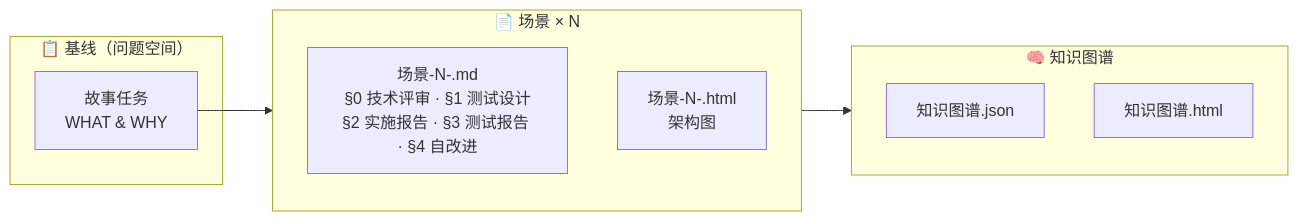
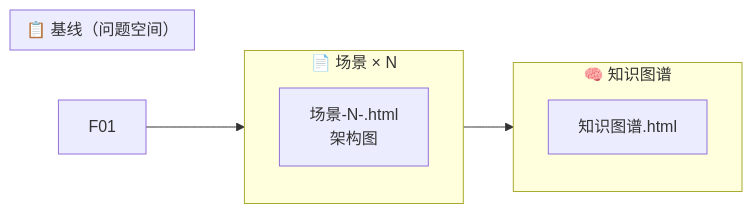
The fourth of 7 diagrams in skills/rui/formulas.md (effiy/YrY), drawn with Mermaid before and after one commit. The commit also changed other lines of this file and 42 other files, not shown here.

First line of the commit message:
feat: apply Mermaid authoring rules (M1-M12) across entire codebase

````diff
--- a/skills/rui/formulas.md
+++ b/skills/rui/formulas.md
@@ -153,15 +164,16 @@
 ```mermaid
 flowchart LR
     subgraph 基线["📋 基线（问题空间）"]
-        F01["故事任务<br/>WHAT & WHY"]:::baseline
+        direction TB
     end
     subgraph 场景["📄 场景 × N"]
-        F02["场景-N-<slug>.md<br/>§0 技术评审 · §1 测试设计<br/>§2 实施报告 · §3 测试报告 · §4 自改进"]:::scene
+        direction TB
         F02H["场景-N-<slug>.html<br/>架构图"]:::arch
     end
     subgraph 知识["🧠 知识图谱"]
-        KG1["知识图谱.json"]:::kg
+        direction TB
         KG2["知识图谱.html"]:::kg
     end
     F01 --> 场景 --> 知识
+
 ```
````
